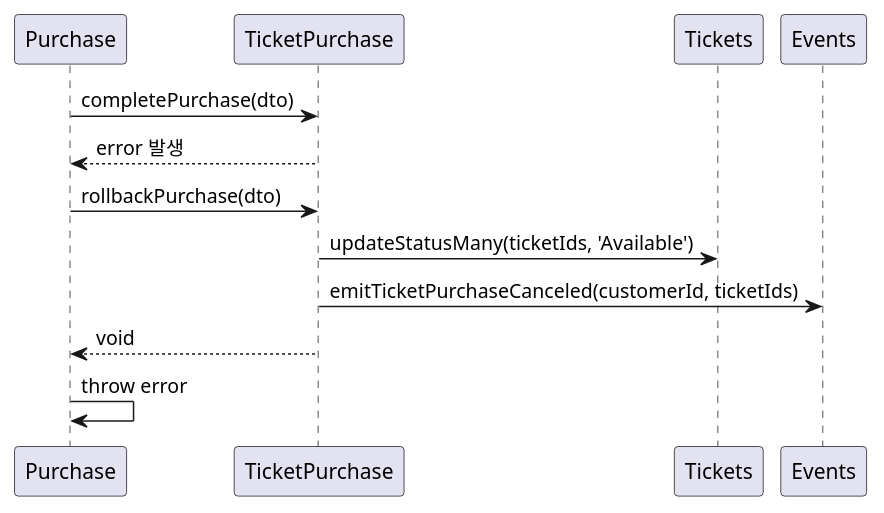
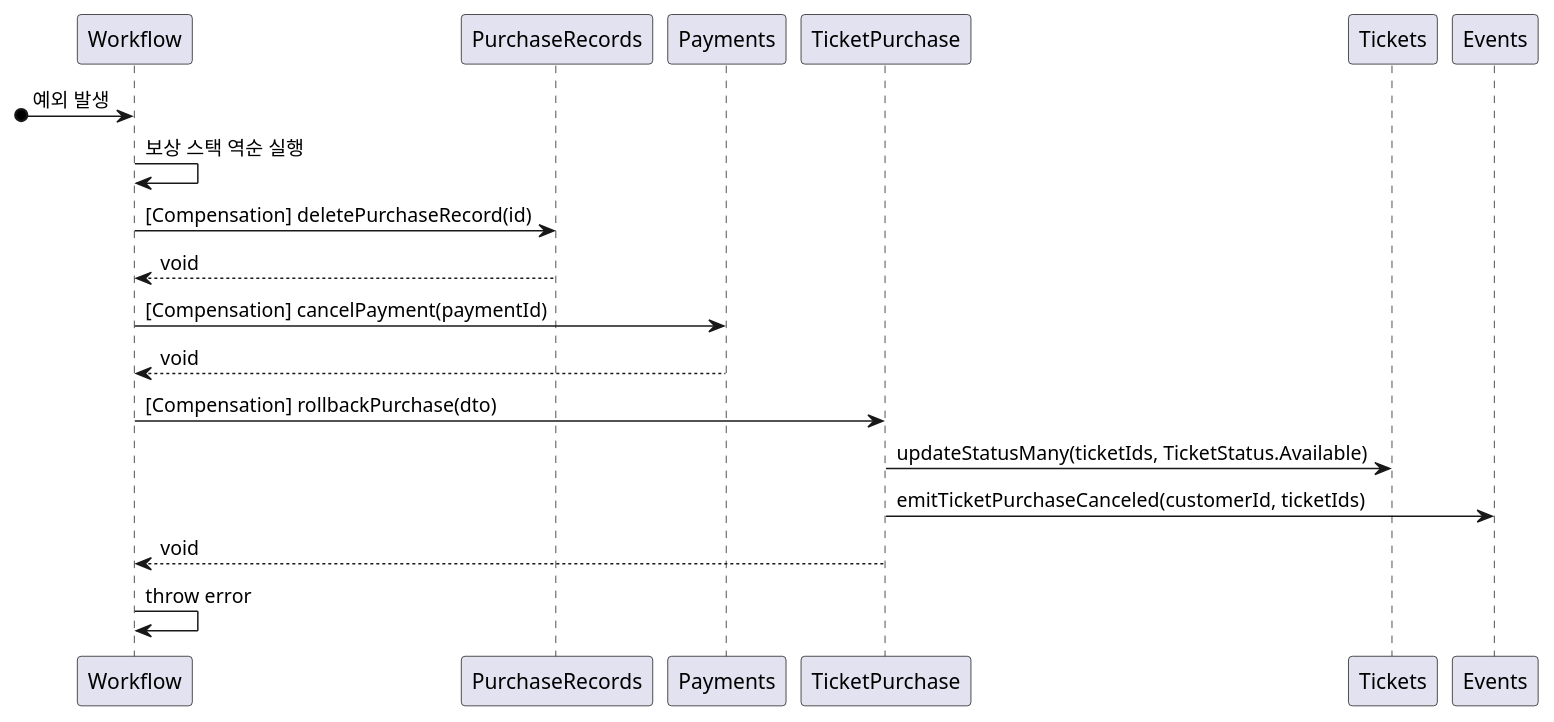
Before and after one commit to mannercode/nest-mono: the fifth of 5 diagrams in docs/designs/tickets-purchase.md, drawn with PlantUML. The commit also changed other lines of this file and 8 other files, not shown here.

````diff
--- a/docs/designs/tickets-purchase.md
+++ b/docs/designs/tickets-purchase.md
@@ -225,11 +233,17 @@
 ```plantuml
 @startuml
-Purchase -> TicketPurchase: completePurchase(dto)
-Purchase <-- TicketPurchase: error 발생
-Purchase -> TicketPurchase: rollbackPurchase(dto)
-    TicketPurchase -> Tickets: updateStatusMany(ticketIds, 'Available')
+[o-> Workflow: 예외 발생
+
+Workflow -> Workflow: 보상 스택 역순 실행
+    Workflow -> PurchaseRecords: [Compensation] deletePurchaseRecord(id)
+    Workflow <-- PurchaseRecords: void
+    Workflow -> Payments: [Compensation] cancelPayment(paymentId)
+    Workflow <-- Payments: void
+
+Workflow -> TicketPurchase: [Compensation] rollbackPurchase(dto)
+    TicketPurchase -> Tickets: updateStatusMany(ticketIds, TicketStatus.Available)
     TicketPurchase -> Events: emitTicketPurchaseCanceled(customerId, ticketIds)
-Purchase <-- TicketPurchase: void
-Purchase -> Purchase: throw error
+Workflow <-- TicketPurchase: void
+Workflow -> Workflow: throw error
 @enduml
 ```
````
